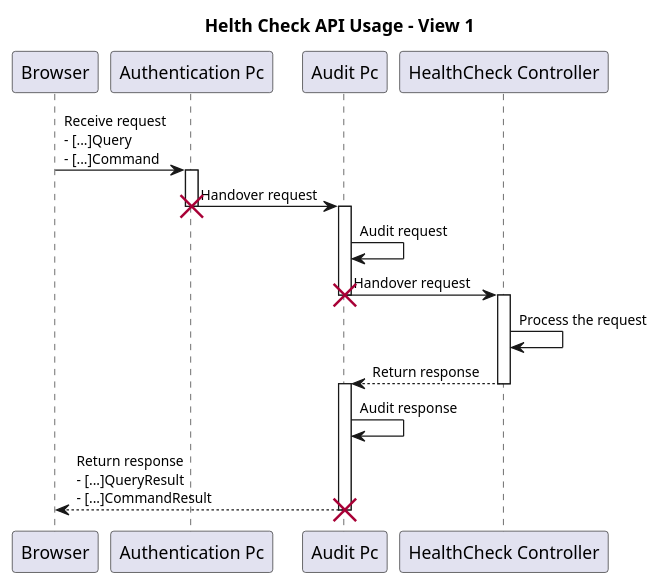
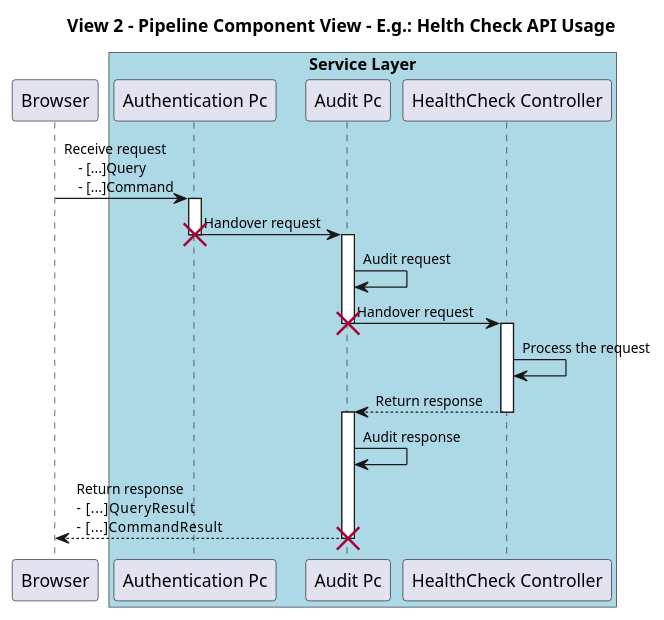
One commit to eLetterBank/springdemo changed the diagram in diagrams/HealthCheck-View-02.puml. Above: the diagram before and after it, drawn with PlantUML. The commit also changed 2 other files, not shown here.

```diff
--- a/diagrams/HealthCheck-View-02.puml
+++ b/diagrams/HealthCheck-View-02.puml
@@ -1,42 +1,44 @@
 @startuml
-title Helth Check API Usage - View 1
+title View 2 - Pipeline Component View - E.g.: Helth Check API Usage
 
 participant Browser as bw
 
+box "Service Layer" #LightBlue
 participant "Authentication Pc" as authApiFilter
 participant "Audit Pc" as auditApiIntercepter
 participant "HealthCheck Controller" as hChekApiController
+end box
 
 skinparam sequence {
     ActorFontName Arial
     ActorFontSize 11
 
     ParticipantFontName Arial
     ParticipantFontSize 11
 
     ArrowFontName Arial
     ArrowFontSize 11
 }
 
-bw->authApiFilter: Receive request \n- [...]Query \n- [...]Command
+bw->authApiFilter: Receive request \n    - [...]Query \n    - [...]Command
 activate authApiFilter
 
 authApiFilter->auditApiIntercepter: Handover request
 destroy authApiFilter
 activate auditApiIntercepter
 
 auditApiIntercepter->auditApiIntercepter: Audit request
 auditApiIntercepter->hChekApiController: Handover request
 destroy auditApiIntercepter
 activate hChekApiController
 hChekApiController->hChekApiController: Process the request
 
 hChekApiController-->auditApiIntercepter: Return response
 deactivate hChekApiController
 activate auditApiIntercepter
 
 auditApiIntercepter->auditApiIntercepter: Audit response
-auditApiIntercepter-->bw: Return response\n- [...]QueryResult \n- [...]CommandResult
-destroy auditApiIntercepter
+                           auditApiIntercepter-->bw: Return response\n-    [...]QueryResult \n-    [...]CommandResult
+                           destroy auditApiIntercepter
 
 @enduml
```
